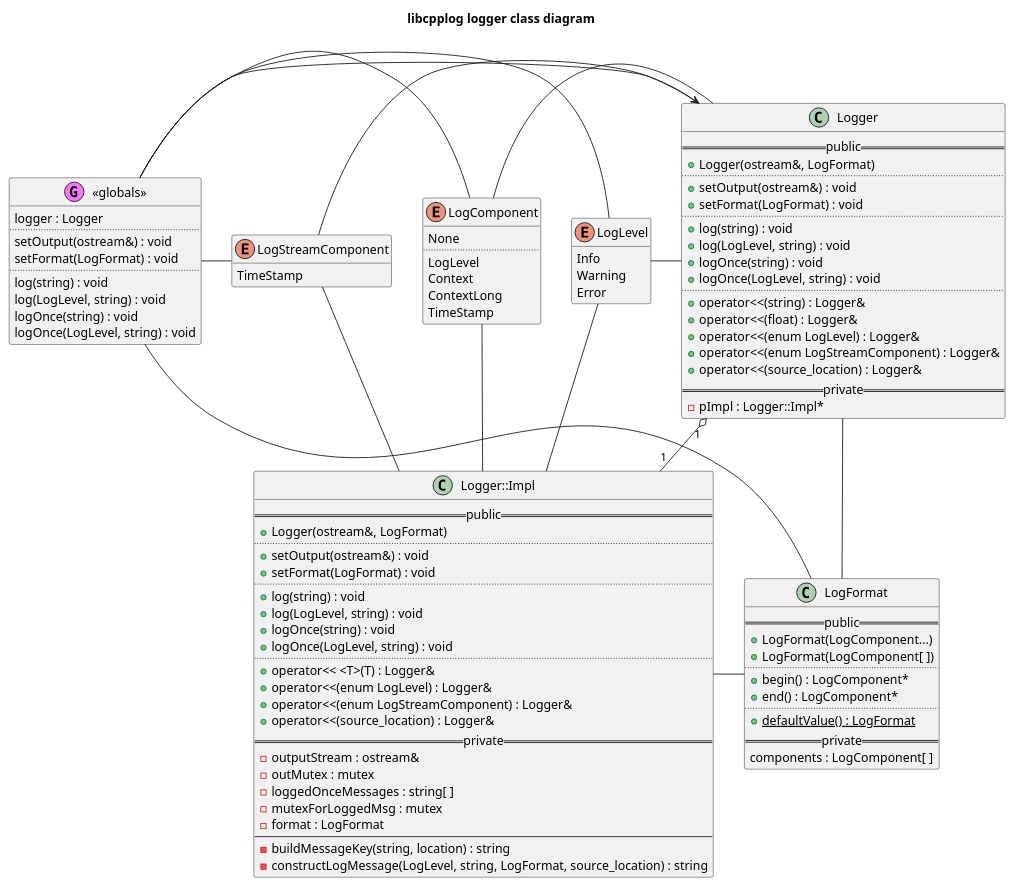
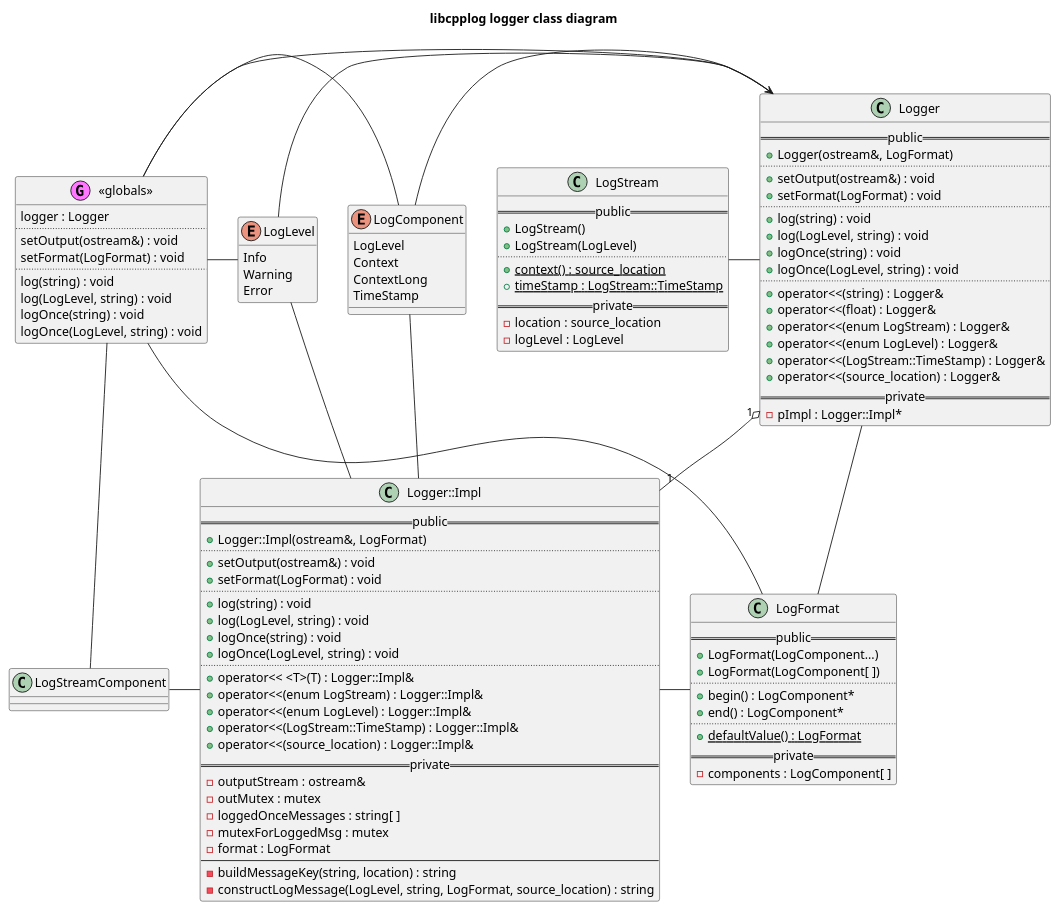
The diagram in libcpplog/logger/doc/class.puml (kfpgk/libcpplog), drawn with PlantUML before and after one commit. The commit also changed 13 other files, not shown here.

Commit message:
Use a dedicated streaming object LogStream to setup the log format when streaming

```diff
--- a/libcpplog/logger/doc/class.puml
+++ b/libcpplog/logger/doc/class.puml
@@ -1,119 +1,126 @@
 @startuml logger-class-diagram
 
 title libcpplog logger class diagram
 
 enum LogLevel {
     Info
     Warning
     Error
 }
 hide LogLevel methods
 
 enum LogComponent {
-    None
-    ..
     LogLevel
     Context
     ContextLong
     TimeStamp
 }
 
-enum LogStreamComponent {
-    TimeStamp
+class LogStream {
+    == public ==
+    + LogStream()
+    + LogStream(LogLevel)
+    ..
+    + {static} context() : source_location
+    + {static} timeStamp : LogStream::TimeStamp
+    == private ==
+    - location : source_location
+    - logLevel : LogLevel
 }
-hide LogStreamComponent methods
 
 class LogFormat {
     == public ==
     + LogFormat(LogComponent...)
     + LogFormat(LogComponent[ ])
     ..
     + begin() : LogComponent*
     + end() : LogComponent*
     ..
     + {static} defaultValue() : LogFormat
     == private ==
-    components : LogComponent[ ]
+    - components : LogComponent[ ]
 }
 
 class Logger {
     == public ==
     + Logger(ostream&, LogFormat)
     ..
     + setOutput(ostream&) : void
     + setFormat(LogFormat) : void
     ..
     + log(string) : void
     + log(LogLevel, string) : void
     + logOnce(string) : void
     + logOnce(LogLevel, string) : void
     ..
     + operator<<(string) : Logger&
     + operator<<(float) : Logger&
+    + operator<<(enum LogStream) : Logger&
     + operator<<(enum LogLevel) : Logger&
-    + operator<<(enum LogStreamComponent) : Logger&
+    + operator<<(LogStream::TimeStamp) : Logger&
     + operator<<(source_location) : Logger&
     == private ==
     - pImpl : Logger::Impl*
 }
 
 class "<<globals>>" as globals << (G,#FF77FF) >> {
     logger : Logger
     ..
     setOutput(ostream&) : void
     setFormat(LogFormat) : void
     ..
     log(string) : void
     log(LogLevel, string) : void
     logOnce(string) : void
     logOnce(LogLevel, string) : void
 }
 
 class "Logger::Impl" as LoggerImpl {
     == public ==
-    + Logger(ostream&, LogFormat)
+    + Logger::Impl(ostream&, LogFormat)
     ..
     + setOutput(ostream&) : void
     + setFormat(LogFormat) : void
     ..
     + log(string) : void
     + log(LogLevel, string) : void
     + logOnce(string) : void
     + logOnce(LogLevel, string) : void
     ..
-    + operator<< <T>(T) : Logger&
-    + operator<<(enum LogLevel) : Logger&
-    + operator<<(enum LogStreamComponent) : Logger&
-    + operator<<(source_location) : Logger&
+    + operator<< <T>(T) : Logger::Impl&
+    + operator<<(enum LogStream) : Logger::Impl&
+    + operator<<(enum LogLevel) : Logger::Impl&
+    + operator<<(LogStream::TimeStamp) : Logger::Impl&
+    + operator<<(source_location) : Logger::Impl&
     == private ==
     - outputStream : ostream&
     - outMutex : mutex
     - loggedOnceMessages : string[ ]
     - mutexForLoggedMsg : mutex
     - format : LogFormat
     --
     - buildMessageKey(string, location) : string
     - constructLogMessage(LogLevel, string, LogFormat, source_location) : string
 }
 
 Logger "1" o-- "1" LoggerImpl
 
 LogLevel - Logger
 LogComponent - Logger
-LogStreamComponent - Logger
+LogStream - Logger
 
 LogLevel - LoggerImpl
 LogComponent - LoggerImpl
 LogStreamComponent - LoggerImpl
 
 LogLevel -left- globals
 LogComponent -left- globals
 LogStreamComponent -left- globals
 
 Logger - LogFormat
 LoggerImpl - LogFormat 
 globals - LogFormat
 
 globals -> Logger
 
 @enduml
```
